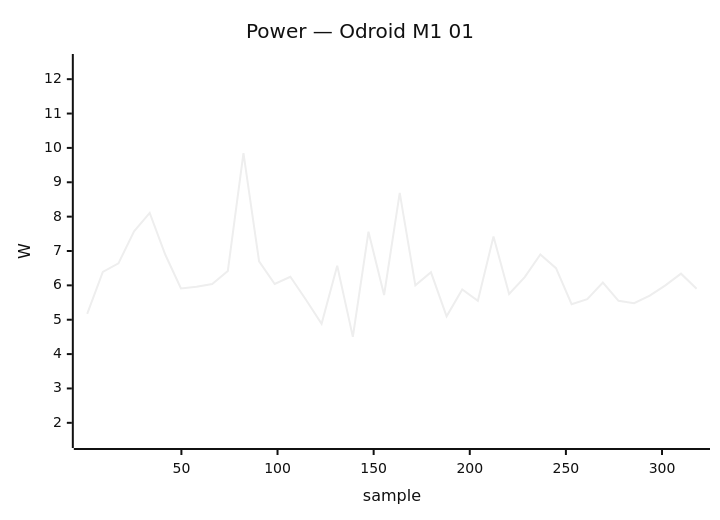
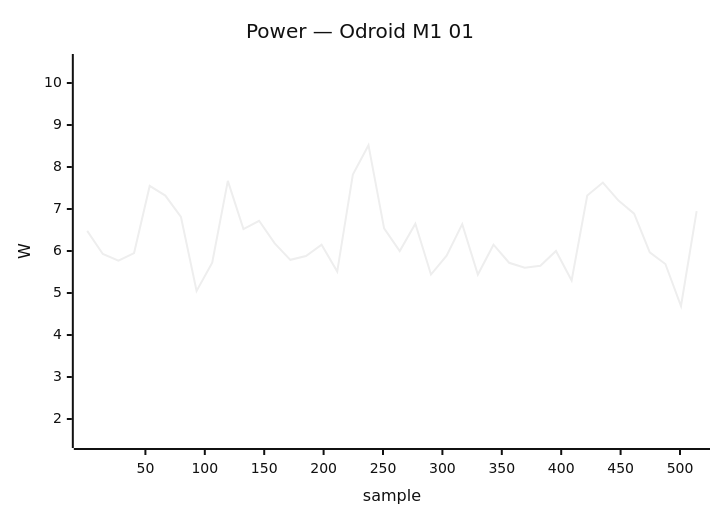
Diagram 12 of 24 in docs/status/board-tests.md (armbian/documentation), drawn with Mermaid (neutral theme) before and after one commit. The commit also changed other lines of this file, not shown here.

````diff
--- a/docs/status/board-tests.md
+++ b/docs/status/board-tests.md
@@ -674,7 +682,7 @@
     ```mermaid
     xychart-beta
         title "Power — Odroid M1 01"
-        x-axis "sample" 1 --> 318
-        y-axis "W" 1.5 --> 12.5
-        line [5.17, 6.39, 6.64, 7.57, 8.11, 6.89, 5.91, 5.96, 6.04, 6.42, 9.85, 6.70, 6.04, 6.25, 5.58, 4.88, 6.57, 4.50, 7.56, 5.72, 8.69, 6.00, 6.38, 5.10, 5.88, 5.55, 7.42, 5.75, 6.24, 6.90, 6.50, 5.45, 5.60, 6.08, 5.55, 5.48, 5.70, 6.00, 6.34, 5.90]
+        x-axis "sample" 1 --> 514
+        y-axis "W" 1.5 --> 10.5
+        line [6.48, 5.93, 5.77, 5.95, 7.55, 7.32, 6.81, 5.05, 5.72, 7.67, 6.52, 6.72, 6.18, 5.79, 5.88, 6.15, 5.51, 7.82, 8.52, 6.54, 6.00, 6.65, 5.44, 5.89, 6.64, 5.44, 6.15, 5.72, 5.60, 5.65, 6.00, 5.30, 7.32, 7.63, 7.20, 6.89, 5.97, 5.69, 4.69, 6.95]
     ```
````
